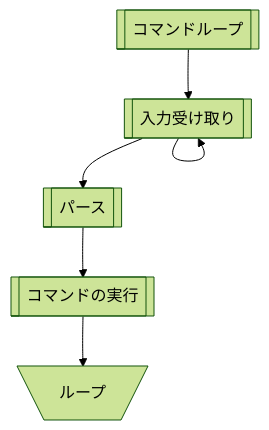
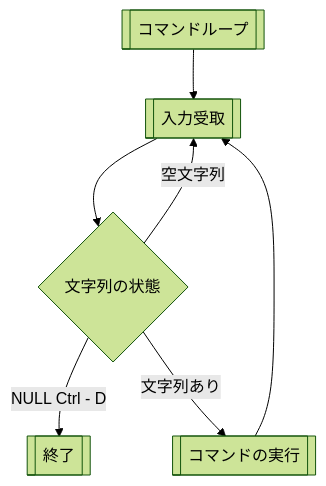
Before and after one commit to PalmNeko/minishell: the third of 4 diagrams in docs/flow_overview.md, drawn with Mermaid (forest theme).

Commit message:
Update flow_overview.md
コマンドループの修正

````diff
--- a/docs/flow_overview.md
+++ b/docs/flow_overview.md
@@ -20,10 +20,10 @@
 ```mermaid
 flowchart TD
+	A[[コマンドループ]]
+		--> B[[入力受取]]
+		--> C{文字列の状態}
+		C --> |NULL Ctrl - D| D[[終了]]
+		C --> |空文字列| B
+		C --> |文字列あり| E[[コマンドの実行]] --> B
 
-	A[[コマンドループ]]
-		--> B[/ループ\]
-		--> B[[入力受け取り]]
-		--> C[[パース]]
-		--> H[[コマンドの実行]]
-		--> Z[\ループ/]
 ```
````
